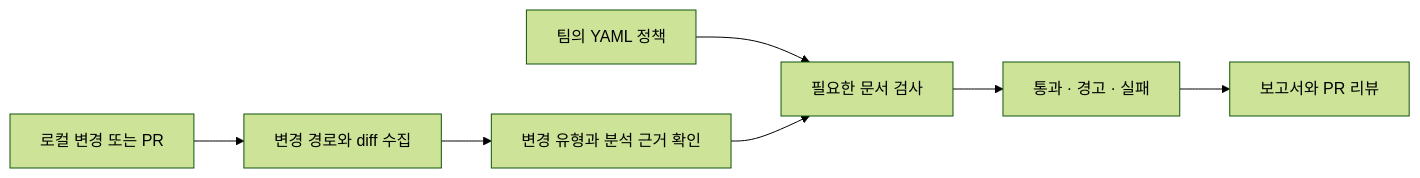
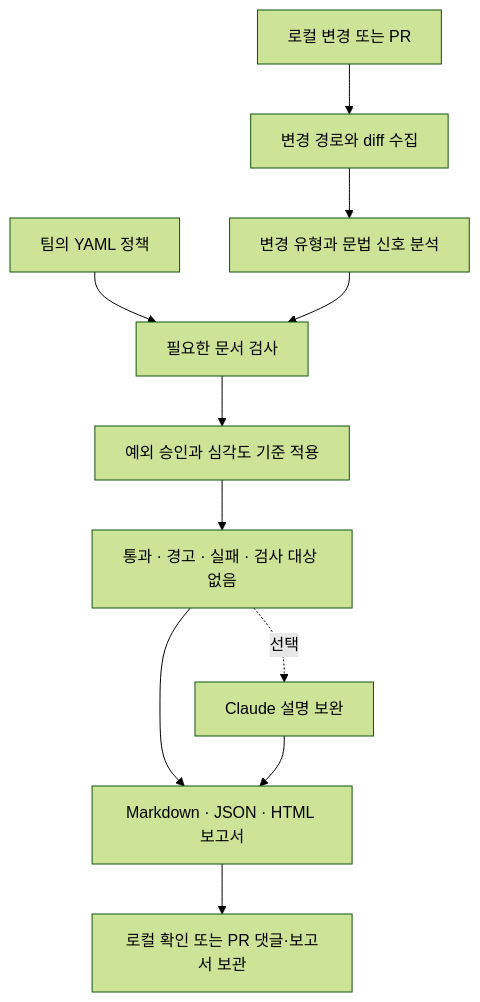
The diagram in README.md (actions-marketplace-validations/cres17_pr-convention-checker), drawn with Mermaid (forest theme) before and after one commit. The commit also changed other lines of this file, not shown here.

````diff
--- a/README.md
+++ b/README.md
@@ -32,9 +99,13 @@
 ```mermaid
-flowchart LR
+flowchart TD
     A[로컬 변경 또는 PR] --> B[변경 경로와 diff 수집]
-    B --> C[변경 유형과 분석 근거 확인]
+    B --> C[변경 유형과 문법 신호 분석]
     P[팀의 YAML 정책] --> D[필요한 문서 검사]
     C --> D
-    D --> E[통과 · 경고 · 실패]
-    E --> F[보고서와 PR 리뷰]
+    D --> E[예외 승인과 심각도 기준 적용]
+    E --> F[통과 · 경고 · 실패 · 검사 대상 없음]
+    F --> G[Markdown · JSON · HTML 보고서]
+    F -. 선택 .-> H[Claude 설명 보완]
+    H --> G
+    G --> I[로컬 확인 또는 PR 댓글·보고서 보관]
 ```
````
